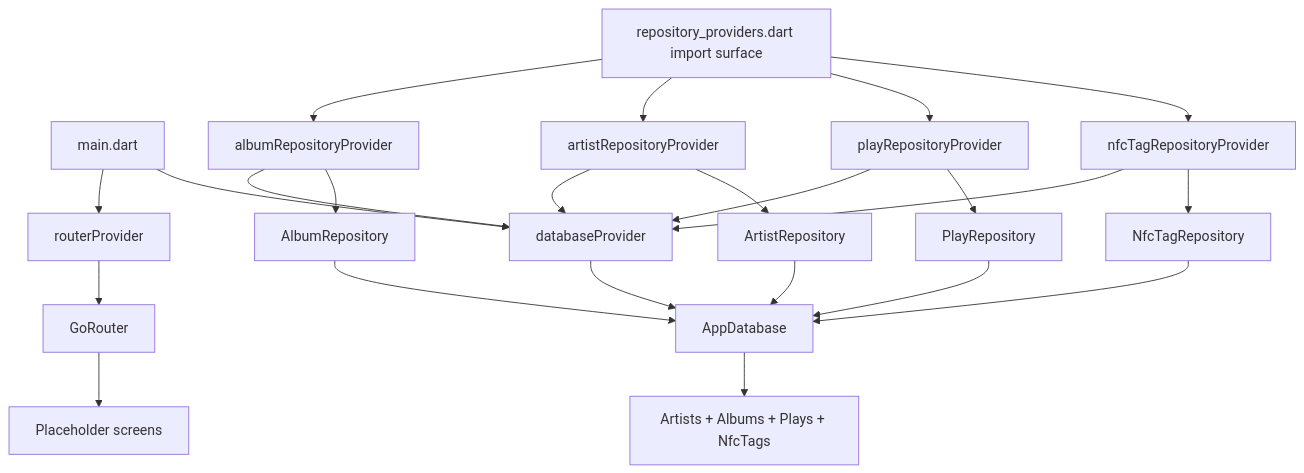
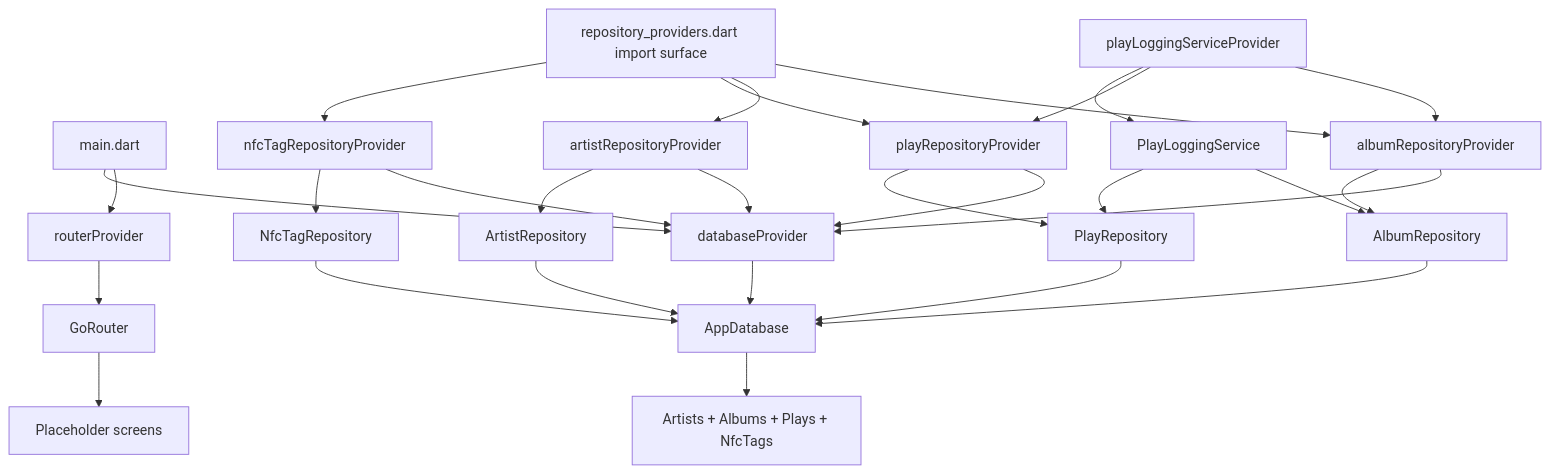
Before and after one commit to hunter-goller/Groovefolio: the second of 3 diagrams in docs/architecture/dependency-graph.md, drawn with Mermaid. The commit also changed other lines of this file and 9 other files, not shown here.

First line of the commit message:
VinylApp-017: PlayLoggingService (#27)

````diff
--- a/docs/architecture/dependency-graph.md
+++ b/docs/architecture/dependency-graph.md
@@ -43,42 +43,49 @@
 ```mermaid
 flowchart TD
     Main[main.dart]
     RouterProvider[routerProvider]
     DatabaseProvider[databaseProvider]
     AlbumRepoProvider[albumRepositoryProvider]
     ArtistRepoProvider[artistRepositoryProvider]
     PlayRepoProvider[playRepositoryProvider]
     NfcRepoProvider[nfcTagRepositoryProvider]
     RepositoryProviders[repository_providers.dart import surface]
+    PlayLoggingProvider[playLoggingServiceProvider]
+    PlayLoggingService[PlayLoggingService]
     Router[GoRouter]
     Placeholders[Placeholder screens]
     AlbumRepo[AlbumRepository]
     ArtistRepo[ArtistRepository]
     PlayRepo[PlayRepository]
     NfcRepo[NfcTagRepository]
     Database[AppDatabase]
     Tables[Artists + Albums + Plays + NfcTags]
 
     Main --> RouterProvider
     Main --> DatabaseProvider
     RouterProvider --> Router
     Router --> Placeholders
     AlbumRepoProvider --> DatabaseProvider
     AlbumRepoProvider --> AlbumRepo
     ArtistRepoProvider --> DatabaseProvider
     ArtistRepoProvider --> ArtistRepo
     PlayRepoProvider --> DatabaseProvider
     PlayRepoProvider --> PlayRepo
     NfcRepoProvider --> DatabaseProvider
     NfcRepoProvider --> NfcRepo
     RepositoryProviders --> AlbumRepoProvider
     RepositoryProviders --> ArtistRepoProvider
     RepositoryProviders --> PlayRepoProvider
     RepositoryProviders --> NfcRepoProvider
+    PlayLoggingProvider --> AlbumRepoProvider
+    PlayLoggingProvider --> PlayRepoProvider
+    PlayLoggingProvider --> PlayLoggingService
+    PlayLoggingService --> AlbumRepo
+    PlayLoggingService --> PlayRepo
     AlbumRepo --> Database
     ArtistRepo --> Database
     PlayRepo --> Database
     NfcRepo --> Database
     DatabaseProvider --> Database
     Database --> Tables
 ```
````
